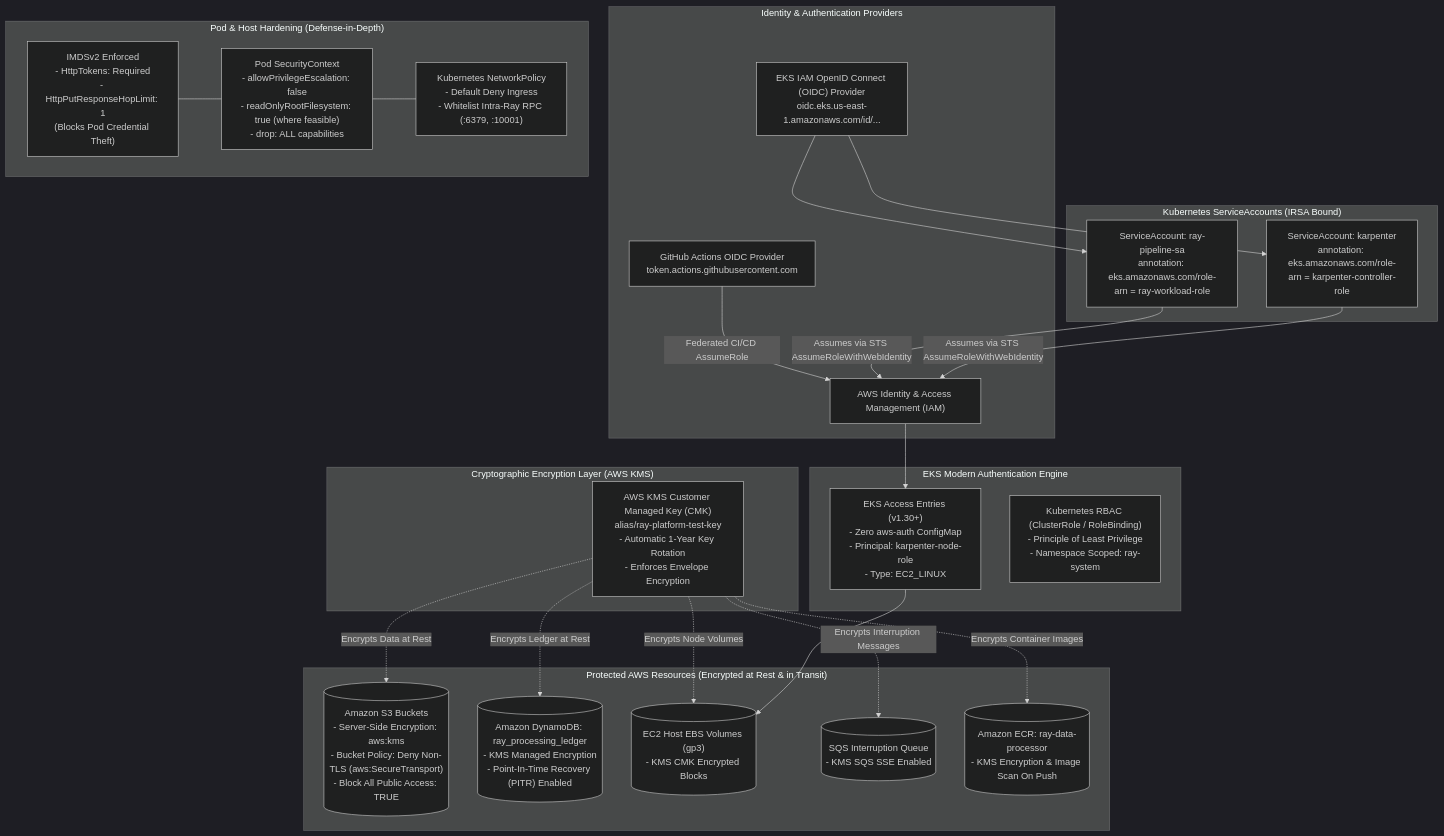
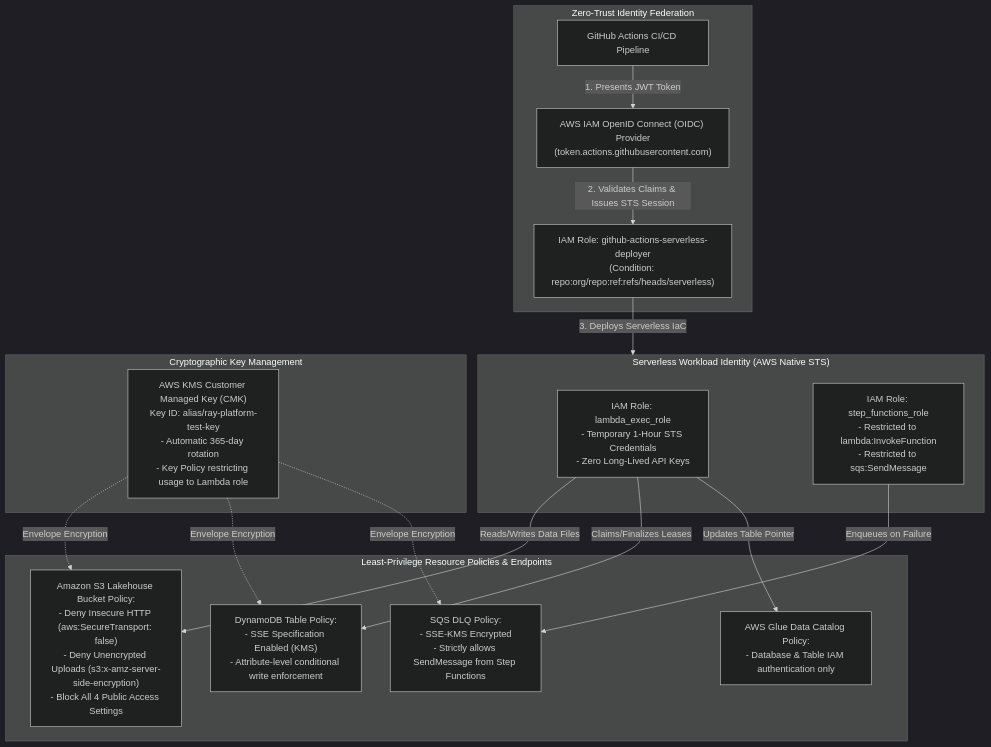
One commit to jashkv/ray-platform changed the seventh of 11 diagrams in ray-ai-platform/docs/mermaid/README.md. Above: the diagram before and after it, drawn with Mermaid (dark theme). The commit also changed other lines of this file and 34 other files, not shown here.

Commit message:
docs(serverless): completely align all documentation, diagrams, runbooks, and test configs with the AWS Serverless Platform architecture

````diff
--- a/ray-ai-platform/docs/mermaid/README.md
+++ b/ray-ai-platform/docs/mermaid/README.md
@@ -547,51 +482,37 @@
 ```mermaid
 flowchart TD
-    subgraph Identity_Providers["Identity & Authentication Providers"]
-        AWS_IAM["AWS Identity & Access Management (IAM)"]
-        OIDC_EKS["EKS IAM OpenID Connect (OIDC) Provider\noidc.eks.us-east-1.amazonaws.com/id/..."]
-        GHA_OIDC["GitHub Actions OIDC Provider\ntoken.actions.githubusercontent.com"]
+    subgraph IdentityFederation["Zero-Trust Identity Federation"]
+        GHA["GitHub Actions CI/CD Pipeline"]
+        AWS_OIDC["AWS IAM OpenID Connect (OIDC) Provider\n(token.actions.githubusercontent.com)"]
+        DEPLOY_ROLE["IAM Role: github-actions-serverless-deployer\n(Condition: repo:org/repo:ref:refs/heads/serverless)"]
     end
 
-    subgraph EKS_Auth["EKS Modern Authentication Engine"]
-        ACCESS_ENTRY["EKS Access Entries (v1.30+)\n- Zero aws-auth ConfigMap\n- Principal: karpenter-node-role\n- Type: EC2_LINUX"]
-        K8S_RBAC["Kubernetes RBAC (ClusterRole / RoleBinding)\n- Principle of Least Privilege\n- Namespace Scoped: ray-system"]
+    subgraph RuntimeWorkloadIdentity["Serverless Workload Identity (AWS Native STS)"]
+        LAMBDA_EXEC_ROLE["IAM Role: lambda_exec_role\n- Temporary 1-Hour STS Credentials\n- Zero Long-Lived API Keys"]
+        SFN_ROLE["IAM Role: step_functions_role\n- Restricted to lambda:InvokeFunction\n- Restricted to sqs:SendMessage"]
     end
 
-    subgraph ServiceAccounts["Kubernetes ServiceAccounts (IRSA Bound)"]
-        SA_RAY["ServiceAccount: ray-pipeline-sa\nannotation: eks.amazonaws.com/role-arn = ray-workload-role"]
-        SA_KARP["ServiceAccount: karpenter\nannotation: eks.amazonaws.com/role-arn = karpenter-controller-role"]
+    subgraph CryptographicFoundations["Cryptographic Key Management"]
+        KMS_CMK["AWS KMS Customer Managed Key (CMK)\nKey ID: alias/ray-platform-test-key\n- Automatic 365-day rotation\n- Key Policy restricting usage to Lambda role"]
     end
 
-    subgraph Cryptographic_Foundation["Cryptographic Encryption Layer (AWS KMS)"]
-        KMS_CMK["AWS KMS Customer Managed Key (CMK)\nalias/ray-platform-test-key\n- Automatic 1-Year Key Rotation\n- Enforces Envelope Encryption"]
+    subgraph ResourcePolicies["Least-Privilege Resource Policies & Endpoints"]
+        S3_POLICY["Amazon S3 Lakehouse Bucket Policy:\n- Deny Insecure HTTP (aws:SecureTransport: false)\n- Deny Unencrypted Uploads (s3:x-amz-server-side-encryption)\n- Block All 4 Public Access Settings"]
+        DDB_POLICY["DynamoDB Table Policy:\n- SSE Specification Enabled (KMS)\n- Attribute-level conditional write enforcement"]
+        GLUE_POLICY["AWS Glue Data Catalog Policy:\n- Database & Table IAM authentication only"]
+        SQS_POLICY["SQS DLQ Policy:\n- SSE-KMS Encrypted\n- Strictly allows SendMessage from Step Functions"]
     end
 
-    subgraph AWS_Resources["Protected AWS Resources (Encrypted at Rest & in Transit)"]
-        S3_DATA[("Amazon S3 Buckets\n- Server-Side Encryption: aws:kms\n- Bucket Policy: Deny Non-TLS (aws:SecureTransport)\n- Block All Public Access: TRUE")]
-        DDB[("Amazon DynamoDB: ray_processing_ledger\n- KMS Managed Encryption\n- Point-In-Time Recovery (PITR) Enabled")]
-        EBS[("EC2 Host EBS Volumes (gp3)\n- KMS CMK Encrypted Blocks")]
-        SQS_INT[("SQS Interruption Queue\n- KMS SQS SSE Enabled")]
-        ECR_REG[("Amazon ECR: ray-data-processor\n- KMS Encryption & Image Scan On Push")]
-    end
+    GHA -->|1. Presents JWT Token| AWS_OIDC
+    AWS_OIDC -->|2. Validates Claims & Issues STS Session| DEPLOY_ROLE
+    DEPLOY_ROLE -->|3. Deploys Serverless IaC| RuntimeWorkloadIdentity
 
-    subgraph Pod_Runtime_Security["Pod & Host Hardening (Defense-in-Depth)"]
-        IMDSV2["IMDSv2 Enforced\n- HttpTokens: Required\n- HttpPutResponseHopLimit: 1\n(Blocks Pod Credential Theft)"]
-        SEC_CTX["Pod SecurityContext\n- allowPrivilegeEscalation: false\n- readOnlyRootFilesystem: true (where feasible)\n- drop: ALL capabilities"]
-        NET_POL["Kubernetes NetworkPolicy\n- Default Deny Ingress\n- Whitelist Intra-Ray RPC (:6379, :10001)"]
-    end
+    LAMBDA_EXEC_ROLE -->|Reads/Writes Data Files| S3_POLICY
+    LAMBDA_EXEC_ROLE -->|Claims/Finalizes Leases| DDB_POLICY
+    LAMBDA_EXEC_ROLE -->|Updates Table Pointer| GLUE_POLICY
+    SFN_ROLE -->|Enqueues on Failure| SQS_POLICY
 
-    OIDC_EKS --> SA_RAY
-    OIDC_EKS --> SA_KARP
-    GHA_OIDC -->|"Federated CI/CD AssumeRole"| AWS_IAM
-    AWS_IAM --> ACCESS_ENTRY
-    SA_RAY -->|"Assumes via STS AssumeRoleWithWebIdentity"| AWS_IAM
-    SA_KARP -->|"Assumes via STS AssumeRoleWithWebIdentity"| AWS_IAM
-    KMS_CMK -.->|"Encrypts Data at Rest"| S3_DATA
-    KMS_CMK -.->|"Encrypts Ledger at Rest"| DDB
-    KMS_CMK -.->|"Encrypts Node Volumes"| EBS
-    KMS_CMK -.->|"Encrypts Interruption Messages"| SQS_INT
-    KMS_CMK -.->|"Encrypts Container Images"| ECR_REG
-    ACCESS_ENTRY --> EBS
-    IMDSV2 --- SEC_CTX
-    SEC_CTX --- NET_POL
+    KMS_CMK -.->|Envelope Encryption| S3_POLICY
+    KMS_CMK -.->|Envelope Encryption| DDB_POLICY
+    KMS_CMK -.->|Envelope Encryption| SQS_POLICY
 ```
````
